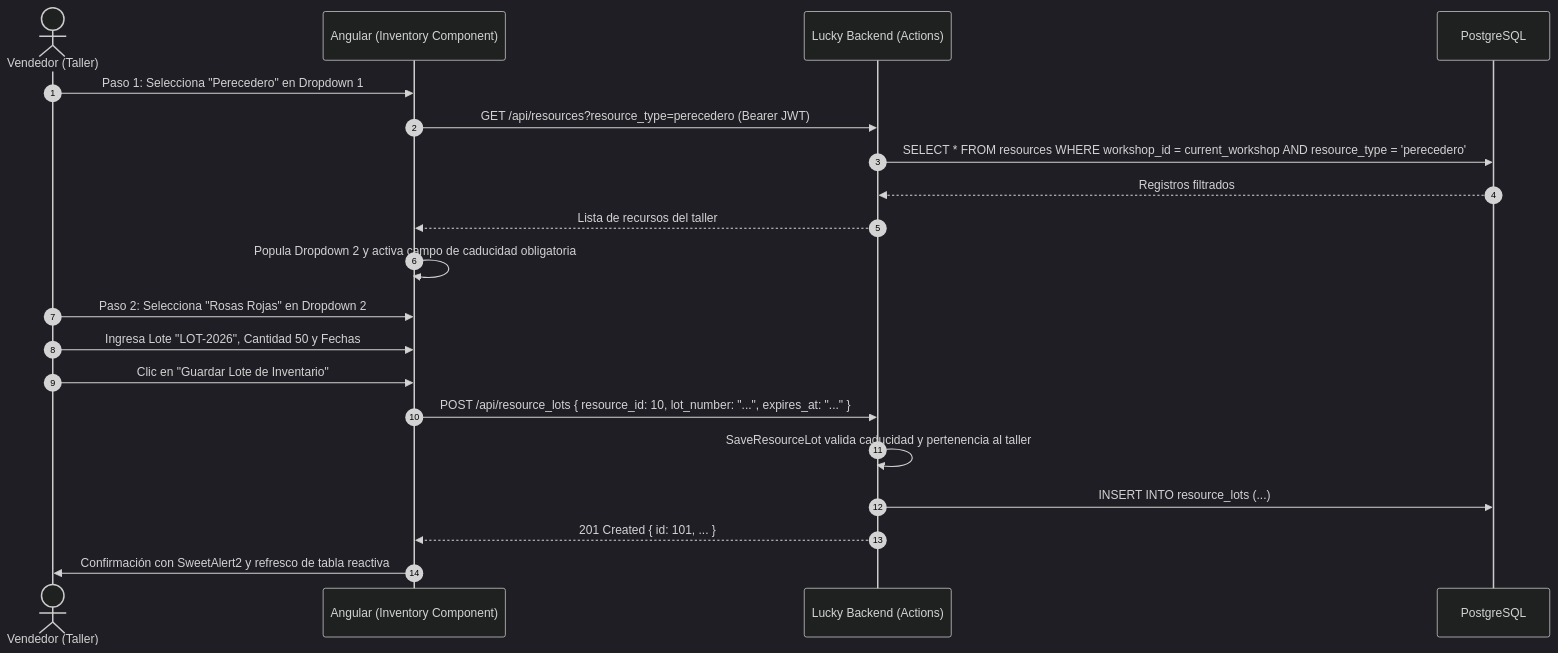
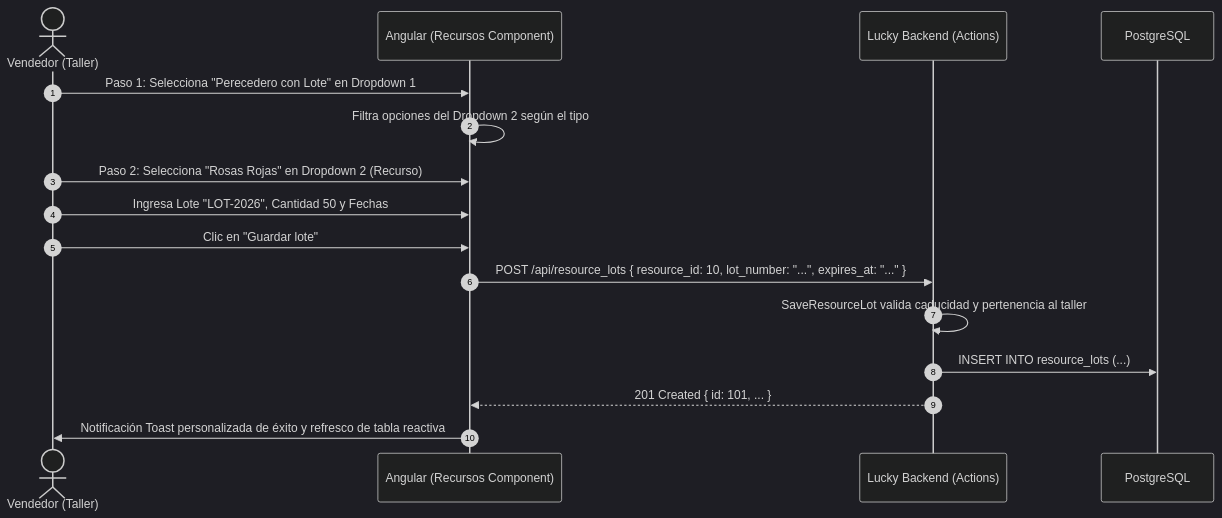
The diagram in README.md (SaraChiriboga/forgeworks), drawn with Mermaid (dark theme) before and after one commit. The commit also changed other lines of this file, not shown here.

````diff
--- a/README.md
+++ b/README.md
@@ -90,24 +77,19 @@
 ```mermaid
 sequenceDiagram
     autonumber
     actor V as Vendedor (Taller)
-    participant UI as Angular (Inventory Component)
+    participant UI as Angular (Recursos Component)
     participant API as Lucky Backend (Actions)
     participant DB as PostgreSQL
 
-    V->>UI: Paso 1: Selecciona "Perecedero" en Dropdown 1
-    UI->>API: GET /api/resources?resource_type=perecedero (Bearer JWT)
-    API->>DB: SELECT * FROM resources WHERE workshop_id = current_workshop AND resource_type = 'perecedero'
-    DB-->>API: Registros filtrados
-    API-->>UI: Lista de recursos del taller
-    UI->>UI: Popula Dropdown 2 y activa campo de caducidad obligatoria
-
-    V->>UI: Paso 2: Selecciona "Rosas Rojas" en Dropdown 2
+    V->>UI: Paso 1: Selecciona "Perecedero con Lote" en Dropdown 1
+    UI->>UI: Filtra opciones del Dropdown 2 según el tipo
+    V->>UI: Paso 2: Selecciona "Rosas Rojas" en Dropdown 2 (Recurso)
     V->>UI: Ingresa Lote "LOT-2026", Cantidad 50 y Fechas
-    V->>UI: Clic en "Guardar Lote de Inventario"
+    V->>UI: Clic en "Guardar lote"
     UI->>API: POST /api/resource_lots { resource_id: 10, lot_number: "...", expires_at: "..." }
     API->>API: SaveResourceLot valida caducidad y pertenencia al taller
     API->>DB: INSERT INTO resource_lots (...)
     API-->>UI: 201 Created { id: 101, ... }
-    UI->>V: Confirmación con SweetAlert2 y refresco de tabla reactiva
+    UI->>V: Notificación Toast personalizada de éxito y refresco de tabla reactiva
 ```
````
